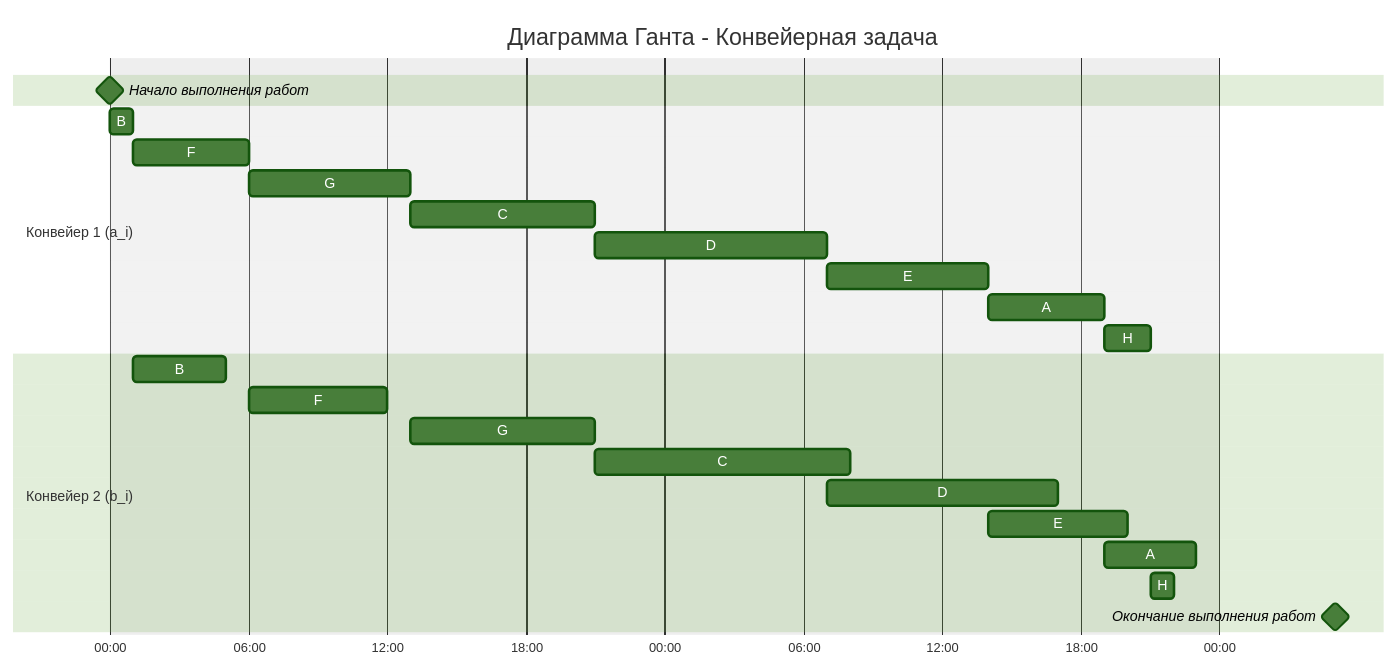
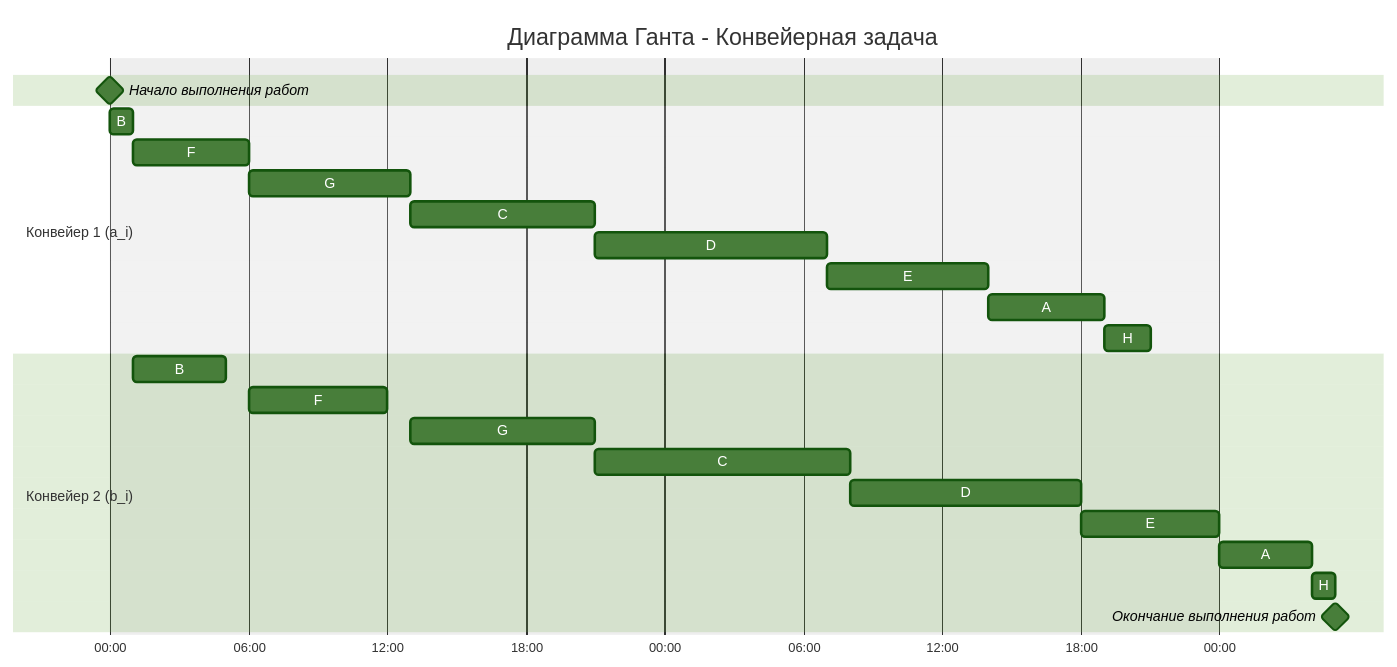
The second of 2 diagrams in Задание 8/mergesort.md (hse-algo-psapr-25/manual-tasks), drawn with Mermaid (forest theme) before and after one commit.

Commit message:
исправлен показ на диаграмме у 2-го исполнителя конвеерной задачи

````diff
--- a/Задание 8/mergesort.md
+++ b/Задание 8/mergesort.md
@@ -93,31 +93,31 @@
 ```mermaid
 gantt
     title Диаграмма Ганта - Конвейерная задача
     dateFormat DD HH:mm    
     axisFormat  %H:%M
     excludes weekends
 
     Начало выполнения работ : milestone, m1, 01 00:00, 0h
 
     section Конвейер 1 (a_i)
     B :a1, 01 00:00, 1h
     F :a2, after a1, 5h
     G :a3, after a2, 7h
     C :a4, after a3, 8h
     D :a5, after a4, 10h
     E :a6, after a5, 7h
     A :a7, after a6, 5h
     H :a8, after a7, 2h
 
     section Конвейер 2 (b_i)
     B :b1, after a1, 4h
-    F :b2, after a2, 6h
-    G :b3, after a3, 8h
-    C :b4, after a4, 11h
-    D :b5, after a5, 10h
-    E :b6, after a6, 6h
-    A :b7, after a7, 4h
-    H :b8, after a8, 1h
+    F :b2, after a2 b1, 6h
+    G :b3, after a3 b2, 8h
+    C :b4, after a4 b3, 11h
+    D :b5, after a5 b4, 10h
+    E :b6, after a6 b5, 6h
+    A :b7, after a7 b6, 4h
+    H :b8, after a8 b7, 1h
     
     Окончание выполнения работ : milestone, m2, 03 05:00, 0h
 ```
````
